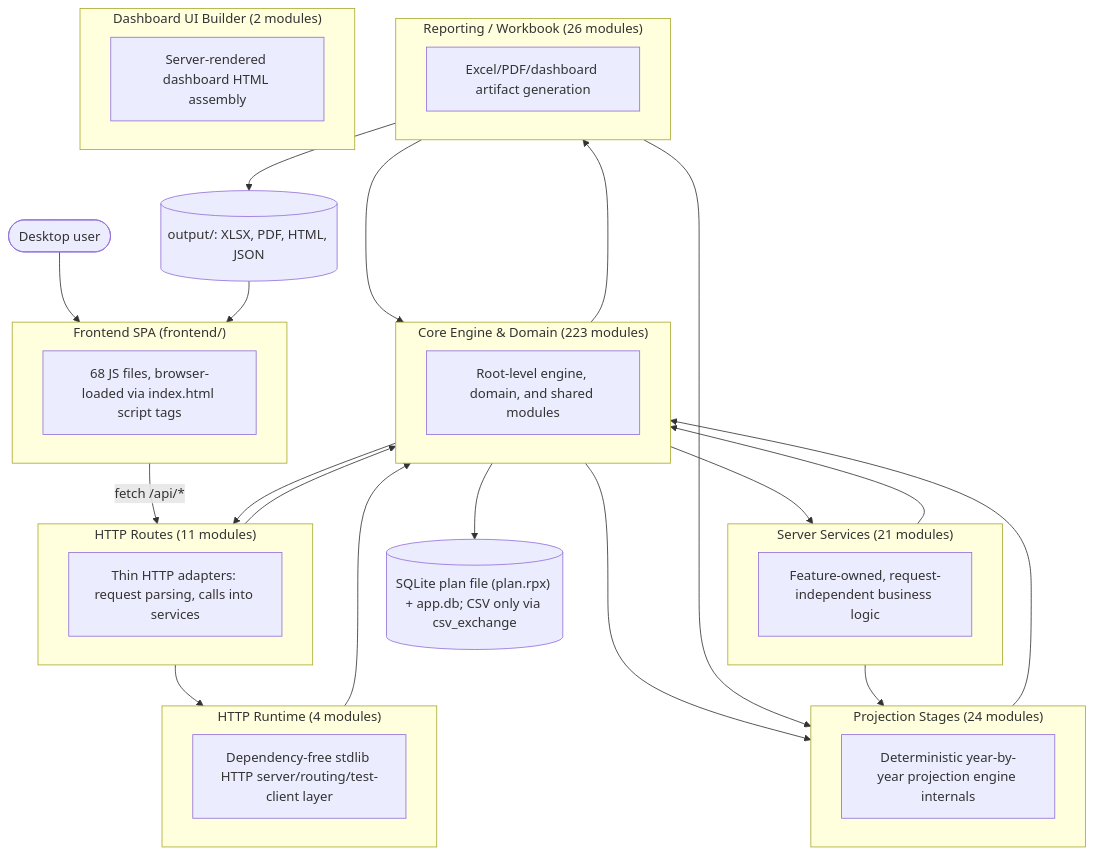
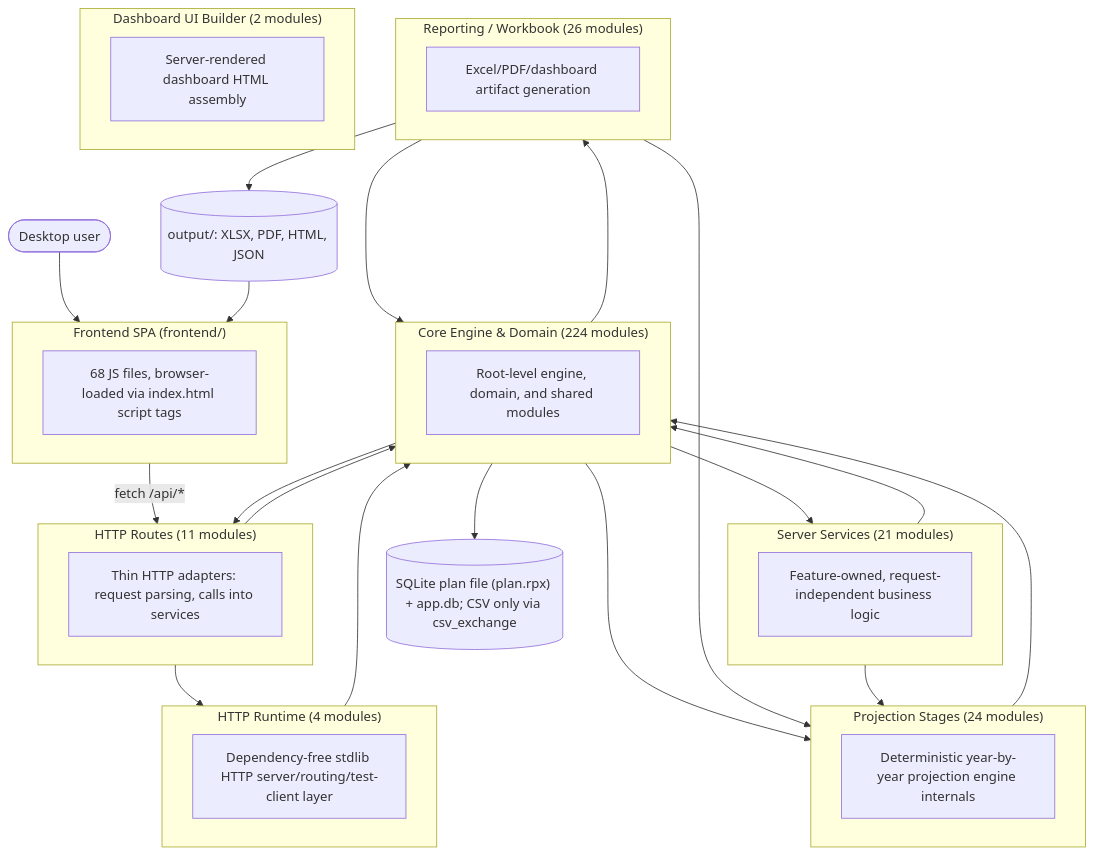
The first of 2 diagrams in documentation/reference/SYSTEM_ARCHITECTURE_DIAGRAM.md (matthartzman/retirement_system), drawn with Mermaid before and after one commit. The commit also changed other lines of this file and 12 other files, not shown here.

````diff
--- a/documentation/reference/SYSTEM_ARCHITECTURE_DIAGRAM.md
+++ b/documentation/reference/SYSTEM_ARCHITECTURE_DIAGRAM.md
@@ -11,44 +11,44 @@
 ```mermaid
 flowchart TB
     User(["Desktop user"]) --> FE
     subgraph FE["Frontend SPA (frontend/)"]
         FEcount["68 JS files, browser-loaded via index.html script tags"]
     end
     FE -->|fetch /api/*| L_HTTP_Routes
     subgraph L_HTTP_Routes["HTTP Routes (11 modules)"]
         L_HTTP_Routes_d["Thin HTTP adapters: request parsing, calls into services"]
     end
     subgraph L_Server_Services["Server Services (21 modules)"]
         L_Server_Services_d["Feature-owned, request-independent business logic"]
     end
     subgraph L_HTTP_Runtime["HTTP Runtime (4 modules)"]
         L_HTTP_Runtime_d["Dependency-free stdlib HTTP server/routing/test-client layer"]
     end
-    subgraph L_Core_Engine___Domain["Core Engine & Domain (223 modules)"]
+    subgraph L_Core_Engine___Domain["Core Engine & Domain (224 modules)"]
         L_Core_Engine___Domain_d["Root-level engine, domain, and shared modules"]
     end
     subgraph L_Projection_Stages["Projection Stages (24 modules)"]
         L_Projection_Stages_d["Deterministic year-by-year projection engine internals"]
     end
     subgraph L_Reporting___Workbook["Reporting / Workbook (26 modules)"]
         L_Reporting___Workbook_d["Excel/PDF/dashboard artifact generation"]
     end
     subgraph L_Dashboard_UI_Builder["Dashboard UI Builder (2 modules)"]
         L_Dashboard_UI_Builder_d["Server-rendered dashboard HTML assembly"]
     end
     L_Core_Engine___Domain --> L_HTTP_Routes
     L_Core_Engine___Domain --> L_Projection_Stages
     L_Core_Engine___Domain --> L_Reporting___Workbook
     L_Core_Engine___Domain --> L_Server_Services
     L_HTTP_Routes --> L_Core_Engine___Domain
     L_HTTP_Routes --> L_HTTP_Runtime
     L_HTTP_Runtime --> L_Core_Engine___Domain
     L_Projection_Stages --> L_Core_Engine___Domain
     L_Reporting___Workbook --> L_Core_Engine___Domain
     L_Reporting___Workbook --> L_Projection_Stages
     L_Server_Services --> L_Core_Engine___Domain
     L_Server_Services --> L_Projection_Stages
     L_Core_Engine___Domain --> DB[("SQLite plan file (plan.rpx) + app.db; CSV only via csv_exchange")]
     L_Reporting___Workbook --> Outputs[("output/: XLSX, PDF, HTML, JSON")]
     Outputs --> FE
 ```
````
